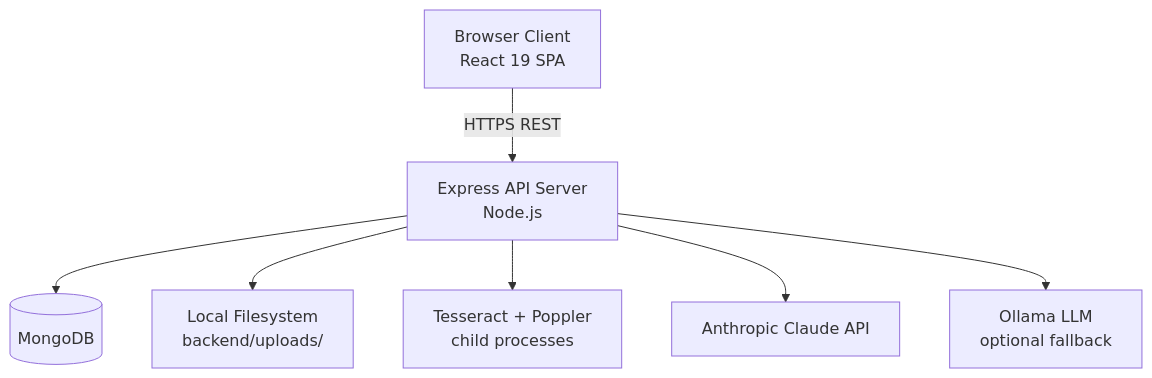
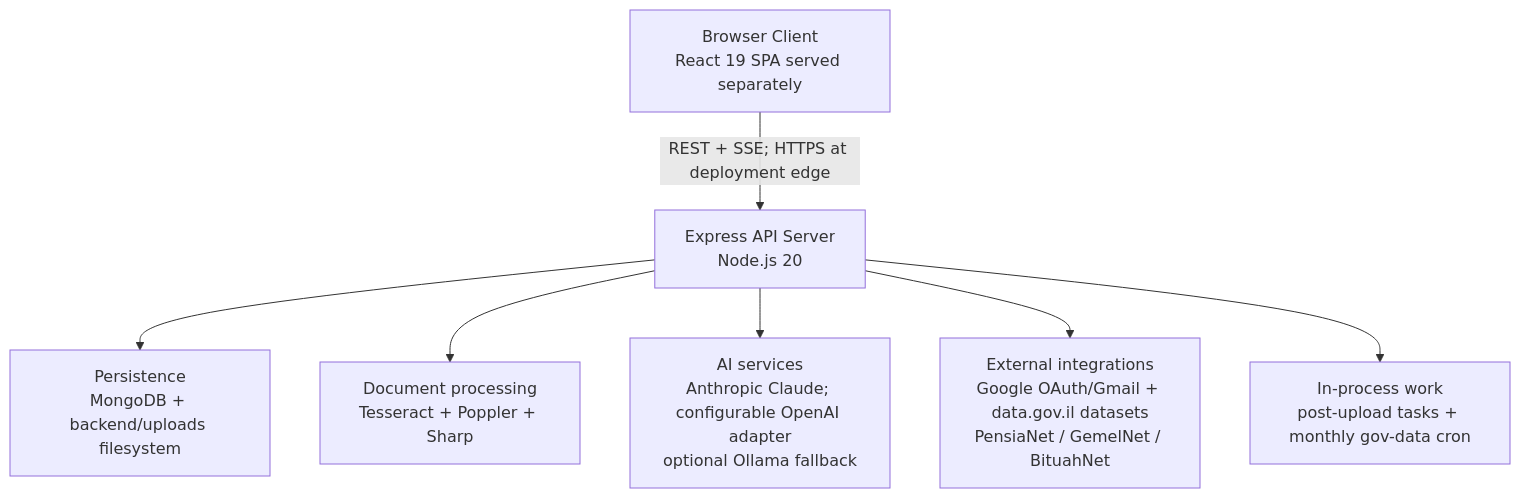
One commit to ofek1210/FinGuide changed the diagram in Final_Project_Book/figures/src/fig01-architecture.mmd. Above: the diagram before and after it, drawn with Mermaid. The commit also changed 44 other files, not shown here.

```diff
--- a/Final_Project_Book/figures/src/fig01-architecture.mmd
+++ b/Final_Project_Book/figures/src/fig01-architecture.mmd
@@ -1,15 +1,15 @@
 flowchart TB
-  Browser["Browser Client\nReact 19 SPA"]
-  Express["Express API Server\nNode.js"]
-  MongoDB[(MongoDB)]
-  FS["Local Filesystem\nbackend/uploads/"]
-  Tesseract["Tesseract + Poppler\nchild processes"]
-  Claude["Anthropic Claude API"]
-  Ollama["Ollama LLM\noptional fallback"]
+  Browser["Browser Client\nReact 19 SPA served separately"]
+  Express["Express API Server\nNode.js 20"]
+  Storage["Persistence\nMongoDB + backend/uploads filesystem"]
+  Documents["Document processing\nTesseract + Poppler + Sharp"]
+  AI["AI services\nAnthropic Claude; configurable OpenAI adapter\noptional Ollama fallback"]
+  External["External integrations\nGoogle OAuth/Gmail + data.gov.il datasets\nPensiaNet / GemelNet / BituahNet"]
+  Jobs["In-process work\npost-upload tasks + monthly gov-data cron"]
 
-  Browser -->|"HTTPS REST"| Express
-  Express --> MongoDB
-  Express --> FS
-  Express --> Tesseract
-  Express --> Claude
-  Express --> Ollama
+  Browser -->|"REST + SSE; HTTPS at deployment edge"| Express
+  Express --> Storage
+  Express --> Documents
+  Express --> AI
+  Express --> External
+  Express --> Jobs
```
